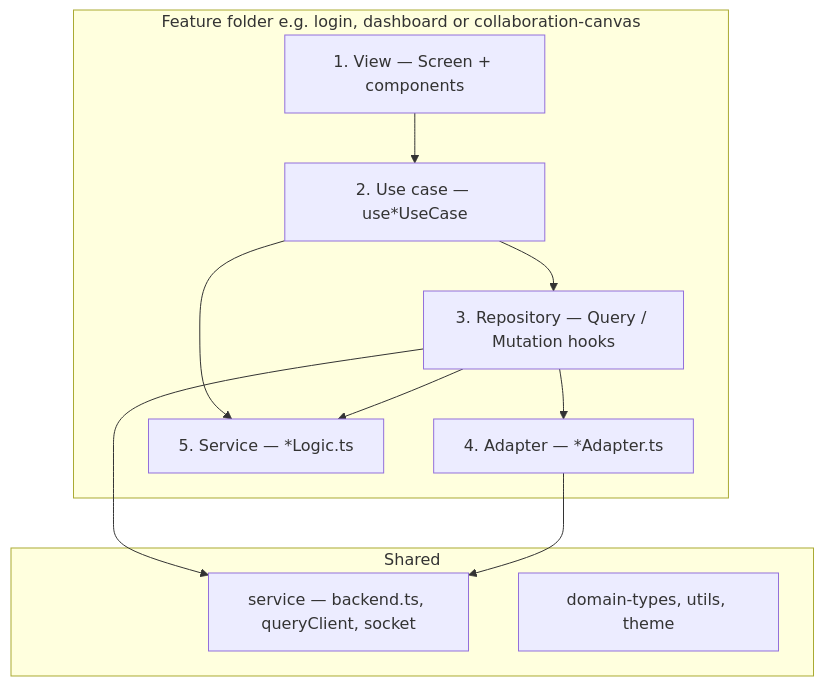
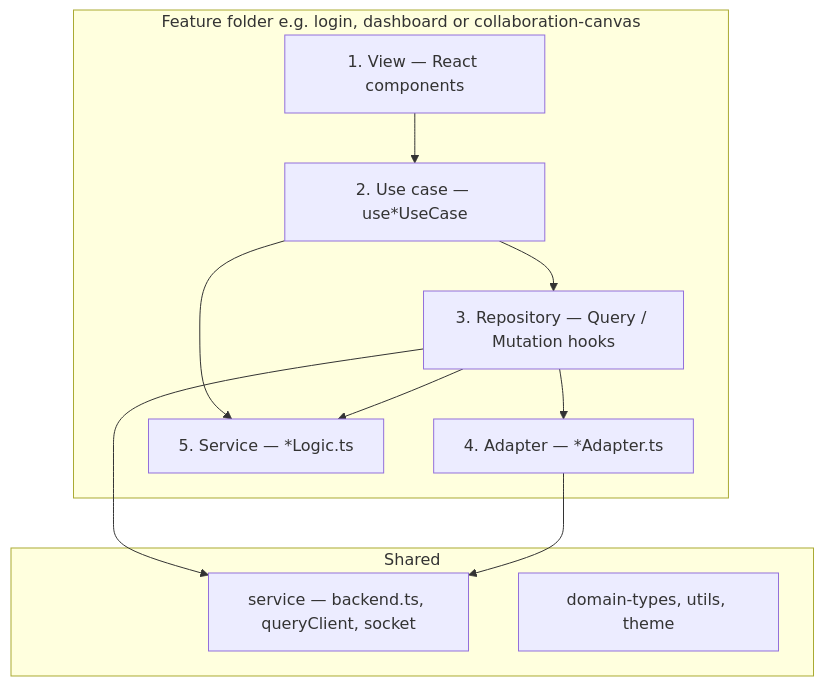
The diagram in wired-frontend/README.md (wizzywit/wired), drawn with Mermaid before and after one commit.

Commit message:
improved frontend readme

````diff
--- a/wired-frontend/README.md
+++ b/wired-frontend/README.md
@@ -47,23 +47,23 @@
 ```mermaid
 flowchart TB
   subgraph feature [Feature folder e.g. login, dashboard or collaboration-canvas]
-    V[1. View — Screen + components]
+    V[1. View — React components]
     UC[2. Use case — use*UseCase]
     R[3. Repository — Query / Mutation hooks]
     A[4. Adapter — *Adapter.ts]
     S[5. Service — *Logic.ts]
   end
 
   subgraph shared [Shared]
     SVC[service — backend.ts, queryClient, socket]
     DOM[domain-types, utils, theme]
   end
 
   V --> UC
   UC --> R
   UC --> S
   R --> S
   R --> A
   R --> SVC
   A --> SVC
 ```
````
